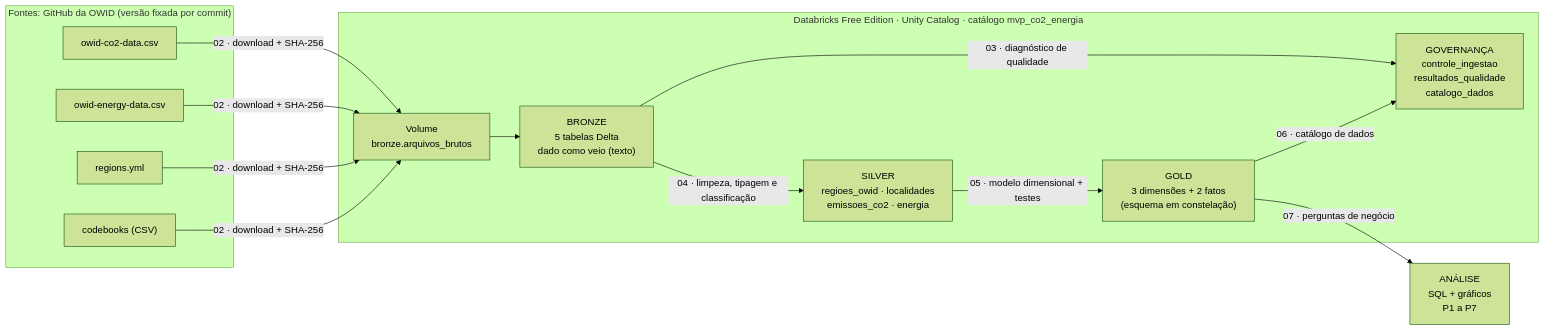
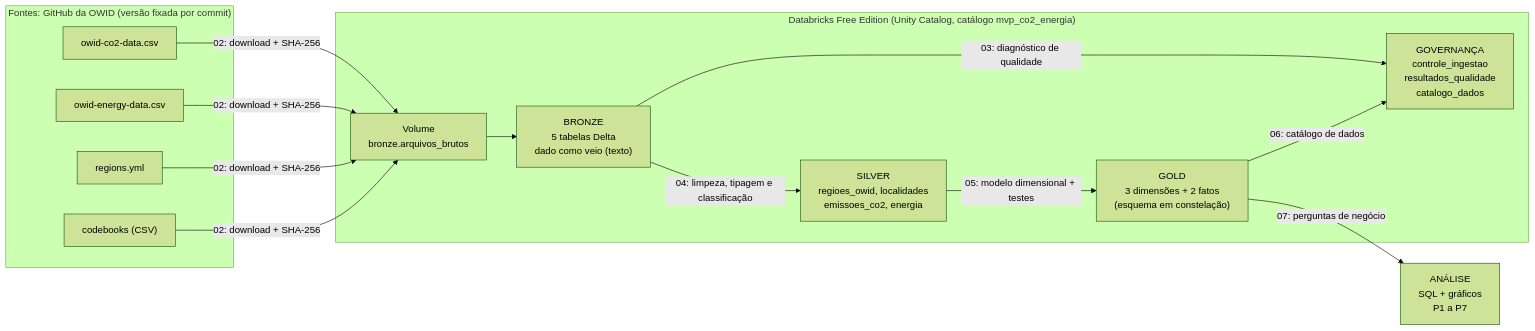
One commit to Gianluca-Scofano/mvp-engenharia-dados-co2-energia changed the first of 2 diagrams in README.md. Above: the diagram before and after it, drawn with Mermaid (forest theme). The commit also changed other lines of this file and 1 other file, not shown here.

````diff
--- a/README.md
+++ b/README.md
@@ -44,23 +45,23 @@
 ```mermaid
 flowchart LR
     subgraph FONTES["Fontes: GitHub da OWID (versão fixada por commit)"]
         F1["owid-co2-data.csv"]
         F2["owid-energy-data.csv"]
         F3["regions.yml"]
         F4["codebooks (CSV)"]
     end
-    subgraph DBX["Databricks Free Edition · Unity Catalog · catálogo mvp_co2_energia"]
+    subgraph DBX["Databricks Free Edition (Unity Catalog, catálogo mvp_co2_energia)"]
         V["Volume<br/>bronze.arquivos_brutos"]
         B["BRONZE<br/>5 tabelas Delta<br/>dado como veio (texto)"]
-        S["SILVER<br/>regioes_owid · localidades<br/>emissoes_co2 · energia"]
+        S["SILVER<br/>regioes_owid, localidades<br/>emissoes_co2, energia"]
         G["GOLD<br/>3 dimensões + 2 fatos<br/>(esquema em constelação)"]
         GOV["GOVERNANÇA<br/>controle_ingestao<br/>resultados_qualidade<br/>catalogo_dados"]
     end
     A["ANÁLISE<br/>SQL + gráficos<br/>P1 a P7"]
-    F1 & F2 & F3 & F4 -- "02 · download + SHA-256" --> V --> B
-    B -- "03 · diagnóstico de qualidade" --> GOV
-    B -- "04 · limpeza, tipagem e classificação" --> S
-    S -- "05 · modelo dimensional + testes" --> G
-    G -- "06 · catálogo de dados" --> GOV
-    G -- "07 · perguntas de negócio" --> A
+    F1 & F2 & F3 & F4 -- "02: download + SHA-256" --> V --> B
+    B -- "03: diagnóstico de qualidade" --> GOV
+    B -- "04: limpeza, tipagem e classificação" --> S
+    S -- "05: modelo dimensional + testes" --> G
+    G -- "06: catálogo de dados" --> GOV
+    G -- "07: perguntas de negócio" --> A
 ```
````
